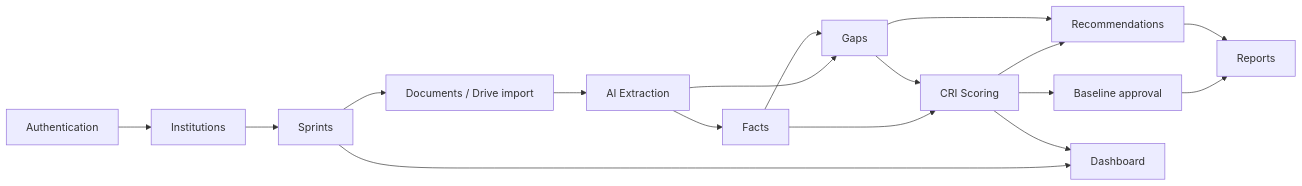
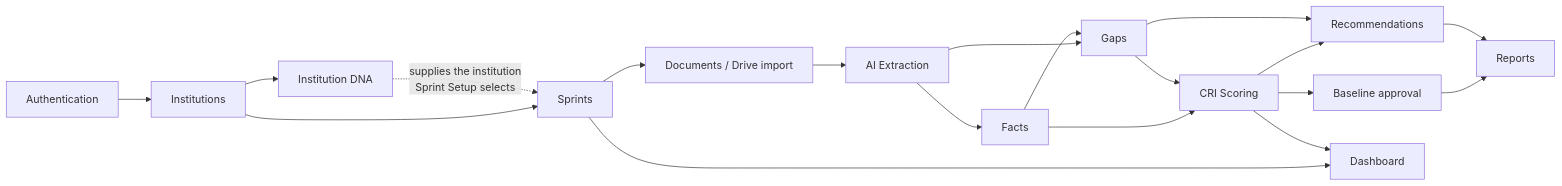
The fourth of 18 diagrams in PROJECT_WORKFLOW_AND_TECHNICAL_REPORT.md (jagadesh-alpha8/AI-READY), drawn with Mermaid before and after one commit. The commit also changed other lines of this file and 4 other files, not shown here.

````diff
--- a/PROJECT_WORKFLOW_AND_TECHNICAL_REPORT.md
+++ b/PROJECT_WORKFLOW_AND_TECHNICAL_REPORT.md
@@ -599,19 +713,21 @@
 ```mermaid
 graph LR
     AUTH[Authentication] --> INST[Institutions]
+    INST --> DNA[Institution DNA]
     INST --> SPR[Sprints]
     SPR --> DOC[Documents / Drive import]
     DOC --> EXT[AI Extraction]
     EXT --> FACT[Facts]
     EXT --> GAP[Gaps]
     FACT --> GAP
     FACT --> SCORE[CRI Scoring]
     GAP --> SCORE
     SCORE --> BASE[Baseline approval]
     SCORE --> REC[Recommendations]
     GAP --> REC
     BASE --> REP[Reports]
     REC --> REP
     SPR --> DASH[Dashboard]
     SCORE --> DASH
+    DNA -.->|"supplies the institution<br/>Sprint Setup selects"| SPR
 ```
````
